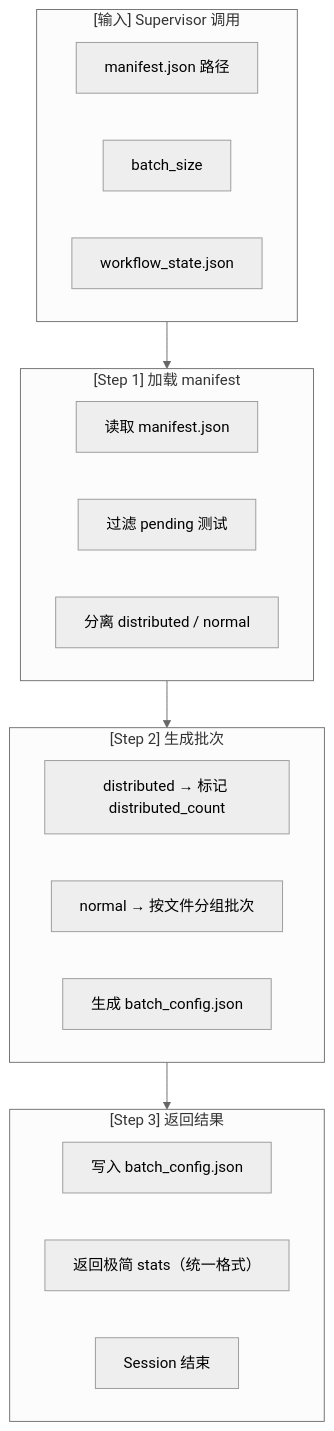
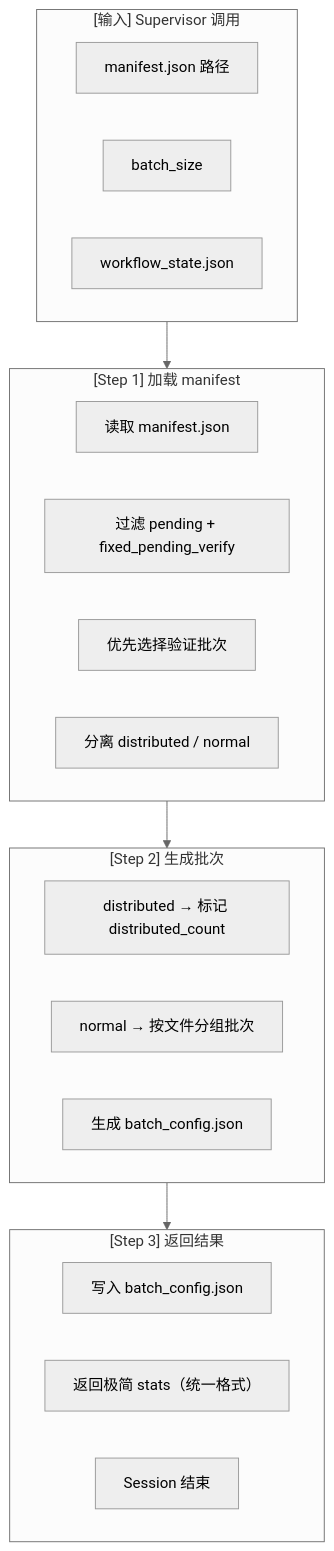
The diagram in skills/ut/batch-selector/SKILL.md (peterlau123/apmm), drawn with Mermaid (neutral theme) before and after one commit. The commit also changed other lines of this file and 1 other file, not shown here.

````diff
--- a/skills/ut/batch-selector/SKILL.md
+++ b/skills/ut/batch-selector/SKILL.md
@@ -36,32 +37,33 @@
 ```mermaid
 flowchart TB
     subgraph Input["[输入] Supervisor 调用"]
         A1["manifest.json 路径"]
         A2["batch_size"]
         A3["workflow_state.json"]
     end
     
     Input --> Step1
     
     subgraph Step1["[Step 1] 加载 manifest"]
         S1_1["读取 manifest.json"]
-        S1_2["过滤 pending 测试"]
-        S1_3["分离 distributed / normal"]
+        S1_2["过滤 pending + fixed_pending_verify"]
+        S1_3["优先选择验证批次"]
+        S1_4["分离 distributed / normal"]
     end
     
     Step1 --> Step2
     
     subgraph Step2["[Step 2] 生成批次"]
         S2_1["distributed → 标记 distributed_count"]
         S2_2["normal → 按文件分组批次"]
         S2_3["生成 batch_config.json"]
     end
     
     Step2 --> Step3
     
     subgraph Step3["[Step 3] 返回结果"]
         S3_1["写入 batch_config.json"]
         S3_2["返回极简 stats（统一格式）"]
         S3_3["Session 结束"]
     end
 ```
````
